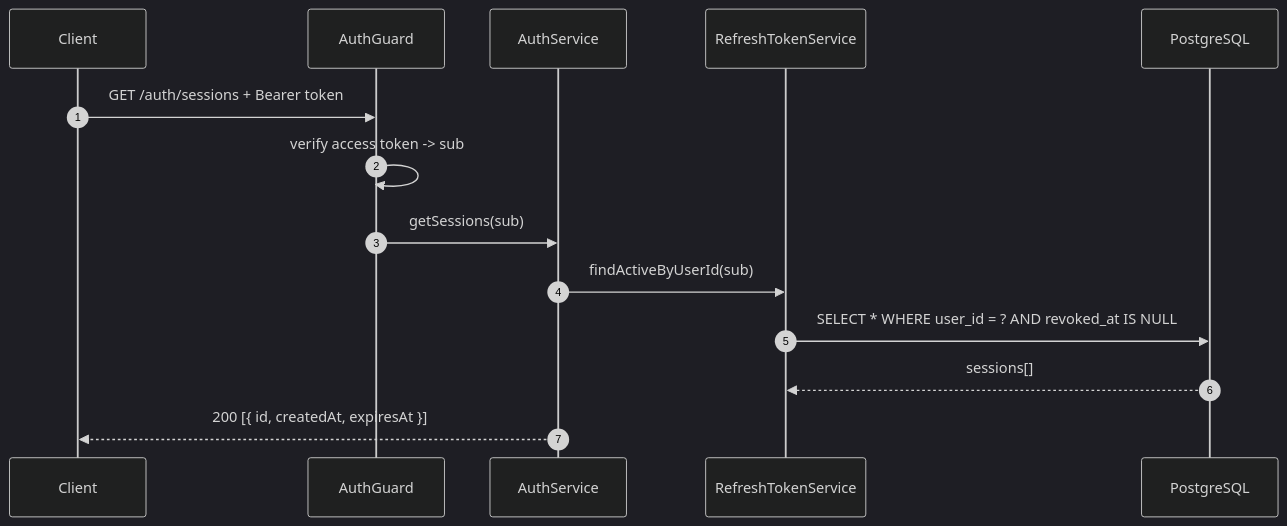
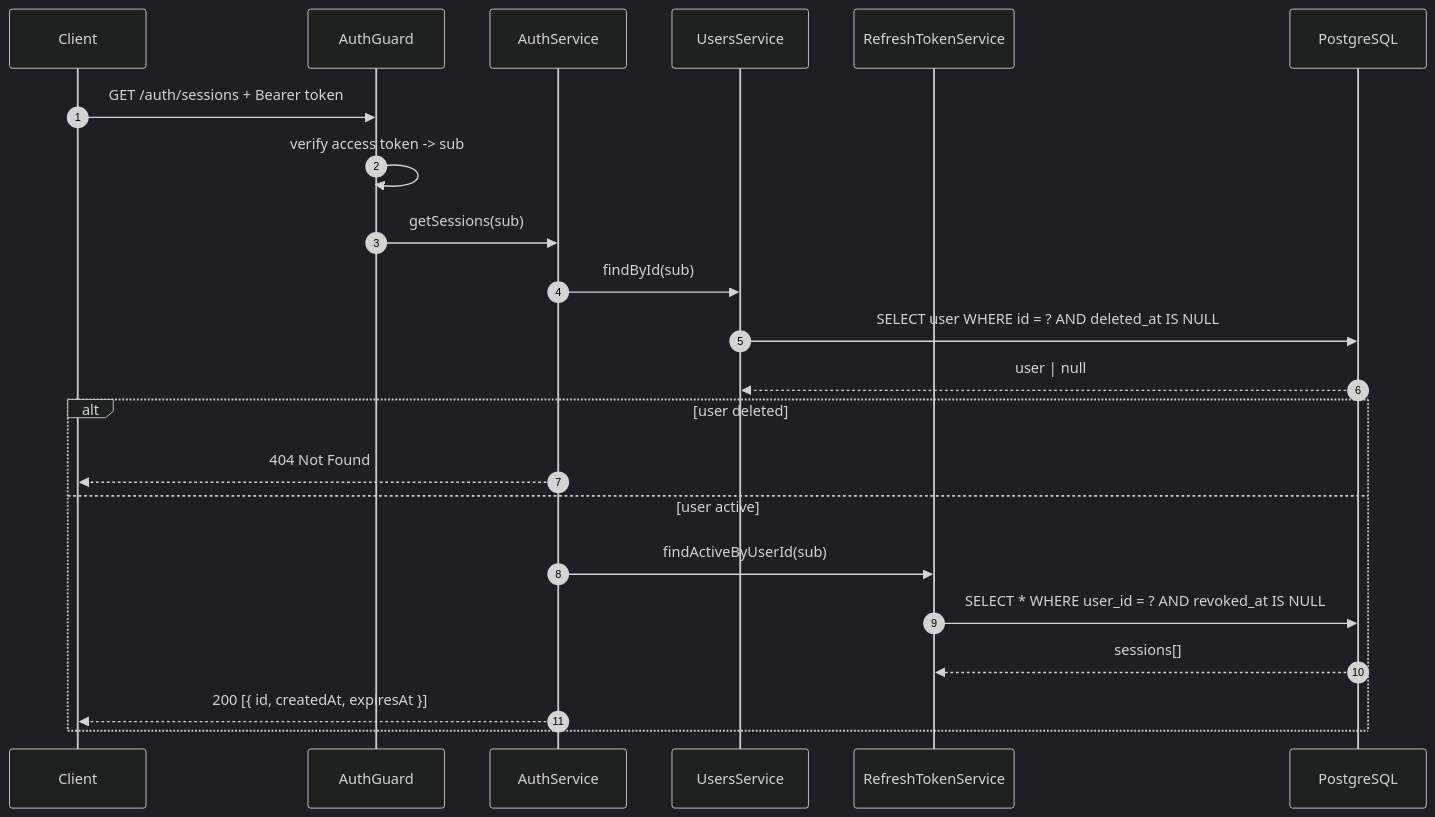
One commit to raunak-ray/LinkVault changed the first of 3 diagrams in api/docs/auth/04-session-management.md. Above: the diagram before and after it, drawn with Mermaid (dark theme). The commit also changed other lines of this file and 20 other files, not shown here.

````diff
--- a/api/docs/auth/04-session-management.md
+++ b/api/docs/auth/04-session-management.md
@@ -9,17 +9,25 @@
 ```mermaid
 sequenceDiagram
     autonumber
     participant C as Client
     participant G as AuthGuard
     participant A as AuthService
+    participant U as UsersService
     participant R as RefreshTokenService
     participant DB as PostgreSQL
 
     C->>G: GET /auth/sessions + Bearer token
     G->>G: verify access token -> sub
     G->>A: getSessions(sub)
-    A->>R: findActiveByUserId(sub)
-    R->>DB: SELECT * WHERE user_id = ? AND revoked_at IS NULL
-    DB-->>R: sessions[]
-    A-->>C: 200 [{ id, createdAt, expiresAt }]
+    A->>U: findById(sub)
+    U->>DB: SELECT user WHERE id = ? AND deleted_at IS NULL
+    DB-->>U: user | null
+    alt user deleted
+        A-->>C: 404 Not Found
+    else user active
+        A->>R: findActiveByUserId(sub)
+        R->>DB: SELECT * WHERE user_id = ? AND revoked_at IS NULL
+        DB-->>R: sessions[]
+        A-->>C: 200 [{ id, createdAt, expiresAt }]
+    end
 ```
````
